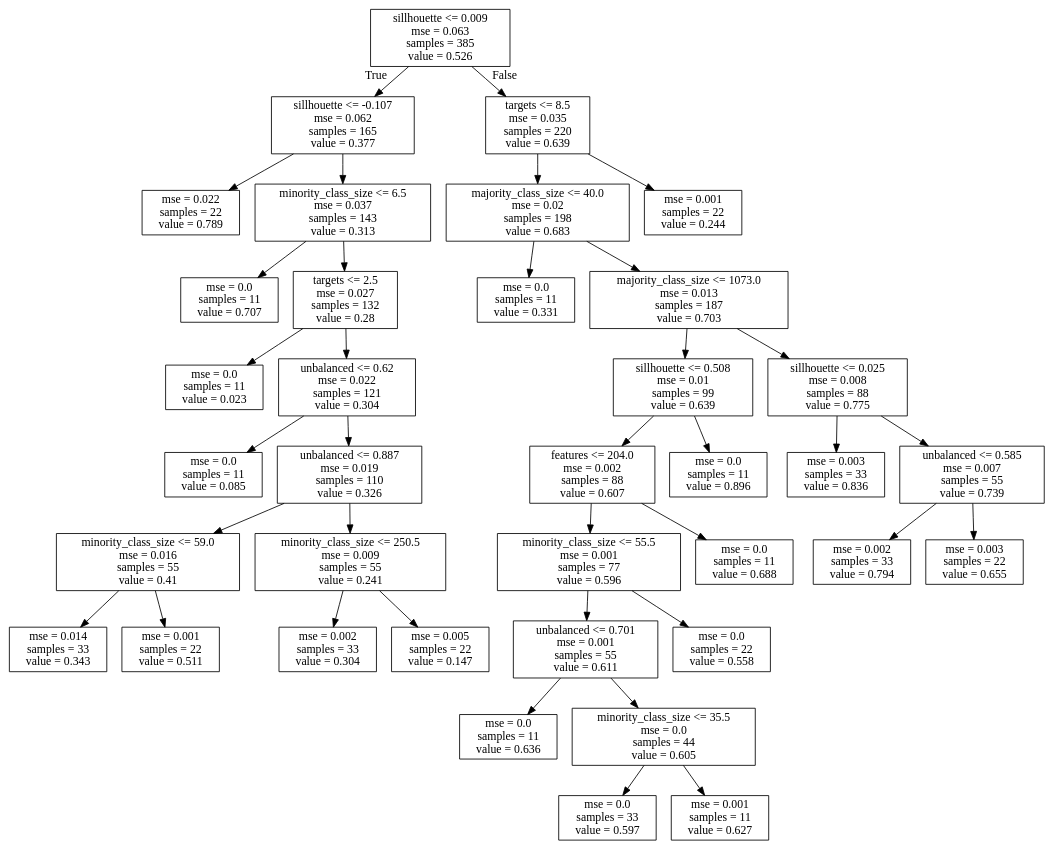
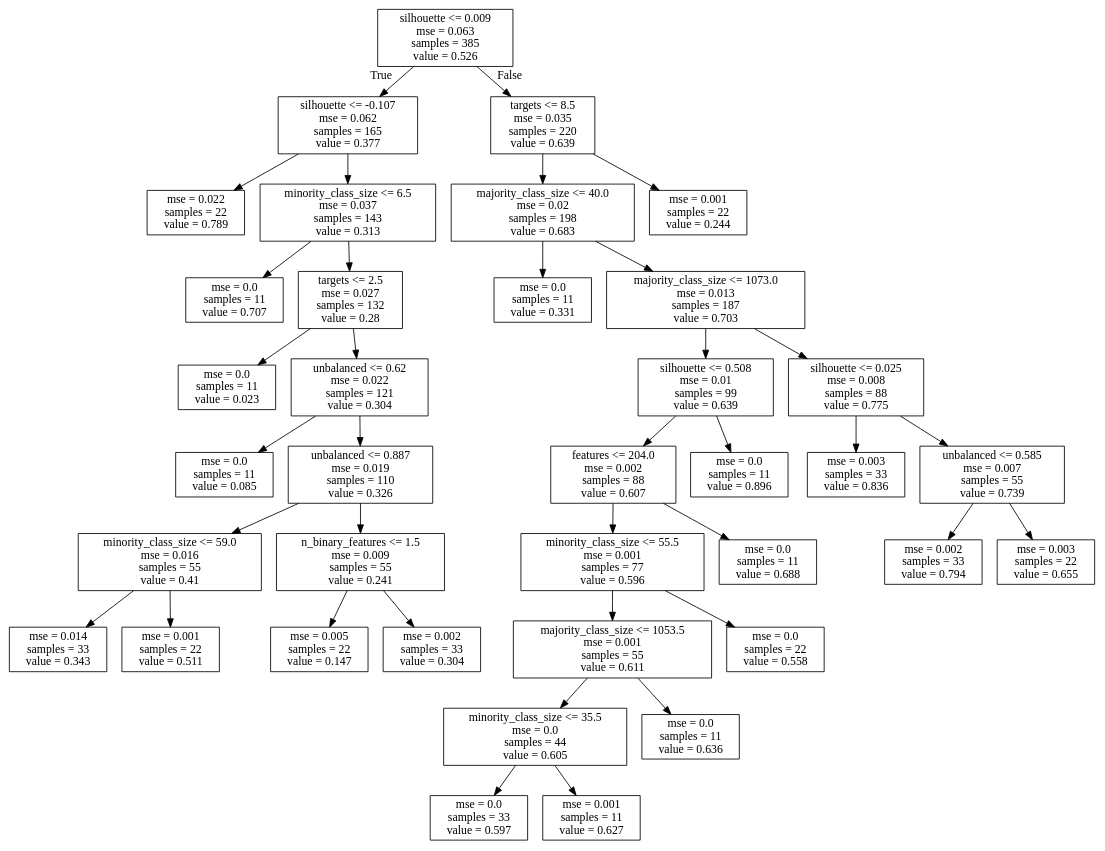
Before and after one commit to rsboos/DistributedClassifier: the diagram in analysis/learning/regression/results/trees/arb_knn_md_f1_scores.dot, drawn with Graphviz. The commit also changed 147 other files, not shown here.

```diff
--- a/analysis/learning/regression/results/trees/arb_knn_md_f1_scores.dot
+++ b/analysis/learning/regression/results/trees/arb_knn_md_f1_scores.dot
@@ -1,76 +1,76 @@
 digraph Tree {
 node [shape=box] ;
-0 [label="sillhouette <= 0.009\nmse = 0.063\nsamples = 385\nvalue = 0.526"] ;
-1 [label="sillhouette <= -0.107\nmse = 0.062\nsamples = 165\nvalue = 0.377"] ;
+0 [label="silhouette <= 0.009\nmse = 0.063\nsamples = 385\nvalue = 0.526"] ;
+1 [label="silhouette <= -0.107\nmse = 0.062\nsamples = 165\nvalue = 0.377"] ;
 0 -> 1 [labeldistance=2.5, labelangle=45, headlabel="True"] ;
 2 [label="mse = 0.022\nsamples = 22\nvalue = 0.789"] ;
 1 -> 2 ;
 3 [label="minority_class_size <= 6.5\nmse = 0.037\nsamples = 143\nvalue = 0.313"] ;
 1 -> 3 ;
 4 [label="mse = 0.0\nsamples = 11\nvalue = 0.707"] ;
 3 -> 4 ;
 5 [label="targets <= 2.5\nmse = 0.027\nsamples = 132\nvalue = 0.28"] ;
 3 -> 5 ;
 6 [label="mse = 0.0\nsamples = 11\nvalue = 0.023"] ;
 5 -> 6 ;
 7 [label="unbalanced <= 0.62\nmse = 0.022\nsamples = 121\nvalue = 0.304"] ;
 5 -> 7 ;
 8 [label="mse = 0.0\nsamples = 11\nvalue = 0.085"] ;
 7 -> 8 ;
 9 [label="unbalanced <= 0.887\nmse = 0.019\nsamples = 110\nvalue = 0.326"] ;
 7 -> 9 ;
 10 [label="minority_class_size <= 59.0\nmse = 0.016\nsamples = 55\nvalue = 0.41"] ;
 9 -> 10 ;
 11 [label="mse = 0.014\nsamples = 33\nvalue = 0.343"] ;
 10 -> 11 ;
 12 [label="mse = 0.001\nsamples = 22\nvalue = 0.511"] ;
 10 -> 12 ;
-13 [label="minority_class_size <= 250.5\nmse = 0.009\nsamples = 55\nvalue = 0.241"] ;
+13 [label="n_binary_features <= 1.5\nmse = 0.009\nsamples = 55\nvalue = 0.241"] ;
 9 -> 13 ;
-14 [label="mse = 0.002\nsamples = 33\nvalue = 0.304"] ;
+14 [label="mse = 0.005\nsamples = 22\nvalue = 0.147"] ;
 13 -> 14 ;
-15 [label="mse = 0.005\nsamples = 22\nvalue = 0.147"] ;
+15 [label="mse = 0.002\nsamples = 33\nvalue = 0.304"] ;
 13 -> 15 ;
 16 [label="targets <= 8.5\nmse = 0.035\nsamples = 220\nvalue = 0.639"] ;
 0 -> 16 [labeldistance=2.5, labelangle=-45, headlabel="False"] ;
 17 [label="majority_class_size <= 40.0\nmse = 0.02\nsamples = 198\nvalue = 0.683"] ;
 16 -> 17 ;
 18 [label="mse = 0.0\nsamples = 11\nvalue = 0.331"] ;
 17 -> 18 ;
 19 [label="majority_class_size <= 1073.0\nmse = 0.013\nsamples = 187\nvalue = 0.703"] ;
 17 -> 19 ;
-20 [label="sillhouette <= 0.508\nmse = 0.01\nsamples = 99\nvalue = 0.639"] ;
+20 [label="silhouette <= 0.508\nmse = 0.01\nsamples = 99\nvalue = 0.639"] ;
 19 -> 20 ;
 21 [label="features <= 204.0\nmse = 0.002\nsamples = 88\nvalue = 0.607"] ;
 20 -> 21 ;
 22 [label="minority_class_size <= 55.5\nmse = 0.001\nsamples = 77\nvalue = 0.596"] ;
 21 -> 22 ;
-23 [label="unbalanced <= 0.701\nmse = 0.001\nsamples = 55\nvalue = 0.611"] ;
+23 [label="majority_class_size <= 1053.5\nmse = 0.001\nsamples = 55\nvalue = 0.611"] ;
 22 -> 23 ;
-24 [label="mse = 0.0\nsamples = 11\nvalue = 0.636"] ;
+24 [label="minority_class_size <= 35.5\nmse = 0.0\nsamples = 44\nvalue = 0.605"] ;
 23 -> 24 ;
-25 [label="minority_class_size <= 35.5\nmse = 0.0\nsamples = 44\nvalue = 0.605"] ;
-23 -> 25 ;
-26 [label="mse = 0.0\nsamples = 33\nvalue = 0.597"] ;
-25 -> 26 ;
-27 [label="mse = 0.001\nsamples = 11\nvalue = 0.627"] ;
-25 -> 27 ;
+25 [label="mse = 0.0\nsamples = 33\nvalue = 0.597"] ;
+24 -> 25 ;
+26 [label="mse = 0.001\nsamples = 11\nvalue = 0.627"] ;
+24 -> 26 ;
+27 [label="mse = 0.0\nsamples = 11\nvalue = 0.636"] ;
+23 -> 27 ;
 28 [label="mse = 0.0\nsamples = 22\nvalue = 0.558"] ;
 22 -> 28 ;
 29 [label="mse = 0.0\nsamples = 11\nvalue = 0.688"] ;
 21 -> 29 ;
 30 [label="mse = 0.0\nsamples = 11\nvalue = 0.896"] ;
 20 -> 30 ;
-31 [label="sillhouette <= 0.025\nmse = 0.008\nsamples = 88\nvalue = 0.775"] ;
+31 [label="silhouette <= 0.025\nmse = 0.008\nsamples = 88\nvalue = 0.775"] ;
 19 -> 31 ;
 32 [label="mse = 0.003\nsamples = 33\nvalue = 0.836"] ;
 31 -> 32 ;
 33 [label="unbalanced <= 0.585\nmse = 0.007\nsamples = 55\nvalue = 0.739"] ;
 31 -> 33 ;
 34 [label="mse = 0.002\nsamples = 33\nvalue = 0.794"] ;
 33 -> 34 ;
 35 [label="mse = 0.003\nsamples = 22\nvalue = 0.655"] ;
 33 -> 35 ;
 36 [label="mse = 0.001\nsamples = 22\nvalue = 0.244"] ;
 16 -> 36 ;
 }
```
